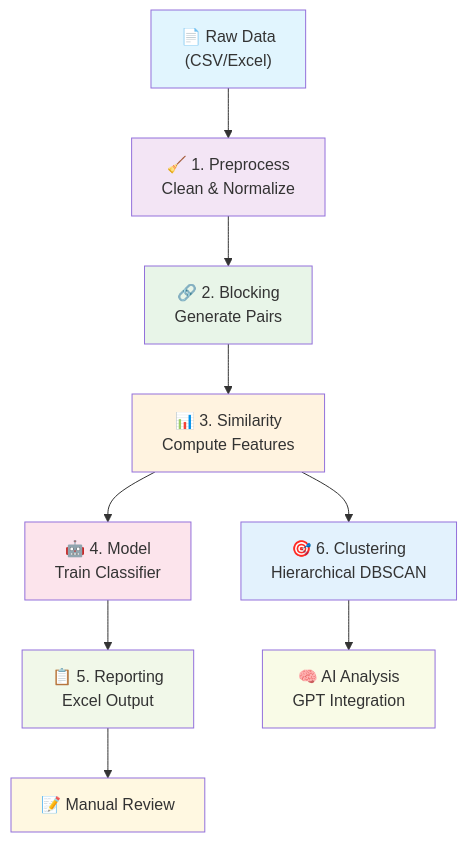
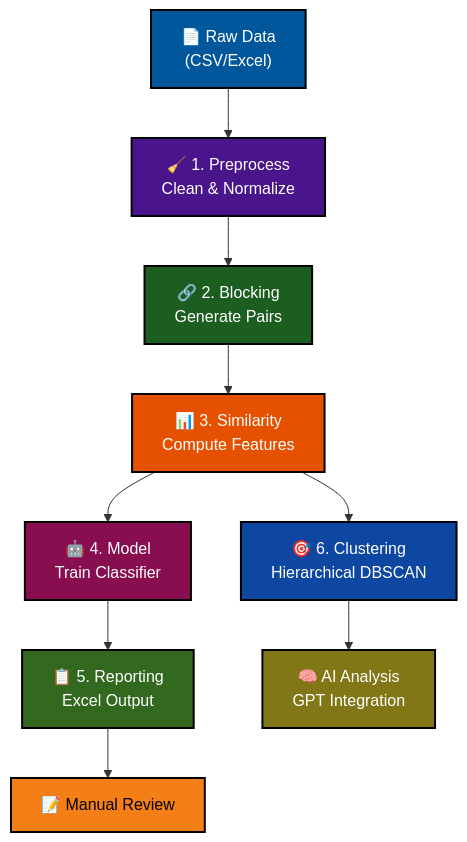
The diagram in README.md (captainminh1999/record-deduplication), drawn with Mermaid before and after one commit.

Commit message:
Fix pipeline diagram contrast - use dark colors with white text for better readability

````diff
--- a/README.md
+++ b/README.md
@@ -58,21 +58,21 @@
 ```mermaid
 graph TD
     A["📄 Raw Data<br/>(CSV/Excel)"] --> B["🧹 1. Preprocess<br/>Clean & Normalize"]
     B --> C["🔗 2. Blocking<br/>Generate Pairs"]
     C --> D["📊 3. Similarity<br/>Compute Features"]
     D --> E["🤖 4. Model<br/>Train Classifier"]
     D --> G["🎯 6. Clustering<br/>Hierarchical DBSCAN"]
     E --> F["📋 5. Reporting<br/>Excel Output"]
     F --> H["📝 Manual Review"]
     G --> I["🧠 AI Analysis<br/>GPT Integration"]
     
-    style A fill:#e1f5fe
-    style B fill:#f3e5f5
-    style C fill:#e8f5e8
-    style D fill:#fff3e0
-    style E fill:#fce4ec
-    style F fill:#f1f8e9
-    style G fill:#e3f2fd
-    style H fill:#fff8e1
-    style I fill:#f9fbe7
+    style A fill:#01579b,stroke:#000,stroke-width:2px,color:#fff
+    style B fill:#4a148c,stroke:#000,stroke-width:2px,color:#fff
+    style C fill:#1b5e20,stroke:#000,stroke-width:2px,color:#fff
+    style D fill:#e65100,stroke:#000,stroke-width:2px,color:#fff
+    style E fill:#880e4f,stroke:#000,stroke-width:2px,color:#fff
+    style F fill:#33691e,stroke:#000,stroke-width:2px,color:#fff
+    style G fill:#0d47a1,stroke:#000,stroke-width:2px,color:#fff
+    style H fill:#f57f17,stroke:#000,stroke-width:2px,color:#000
+    style I fill:#827717,stroke:#000,stroke-width:2px,color:#fff
 ```
````
